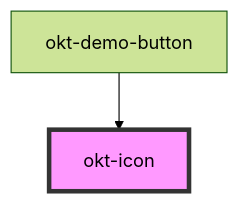
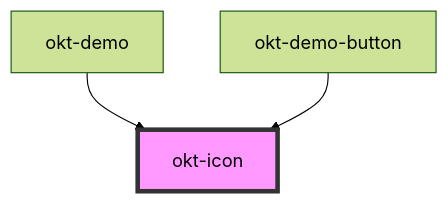
One commit to oktopusdgtl/bulma-components changed the diagram in src/components/icon/readme.md. Above: the diagram before and after it, drawn with Mermaid (forest theme). The commit also changed other lines of this file and 12 other files, not shown here.

````diff
--- a/src/components/icon/readme.md
+++ b/src/components/icon/readme.md
@@ -23,5 +24,6 @@
 ```mermaid
 graph TD;
+  okt-demo --> okt-icon
   okt-demo-button --> okt-icon
   style okt-icon fill:#f9f,stroke:#333,stroke-width:4px
 ```
````
